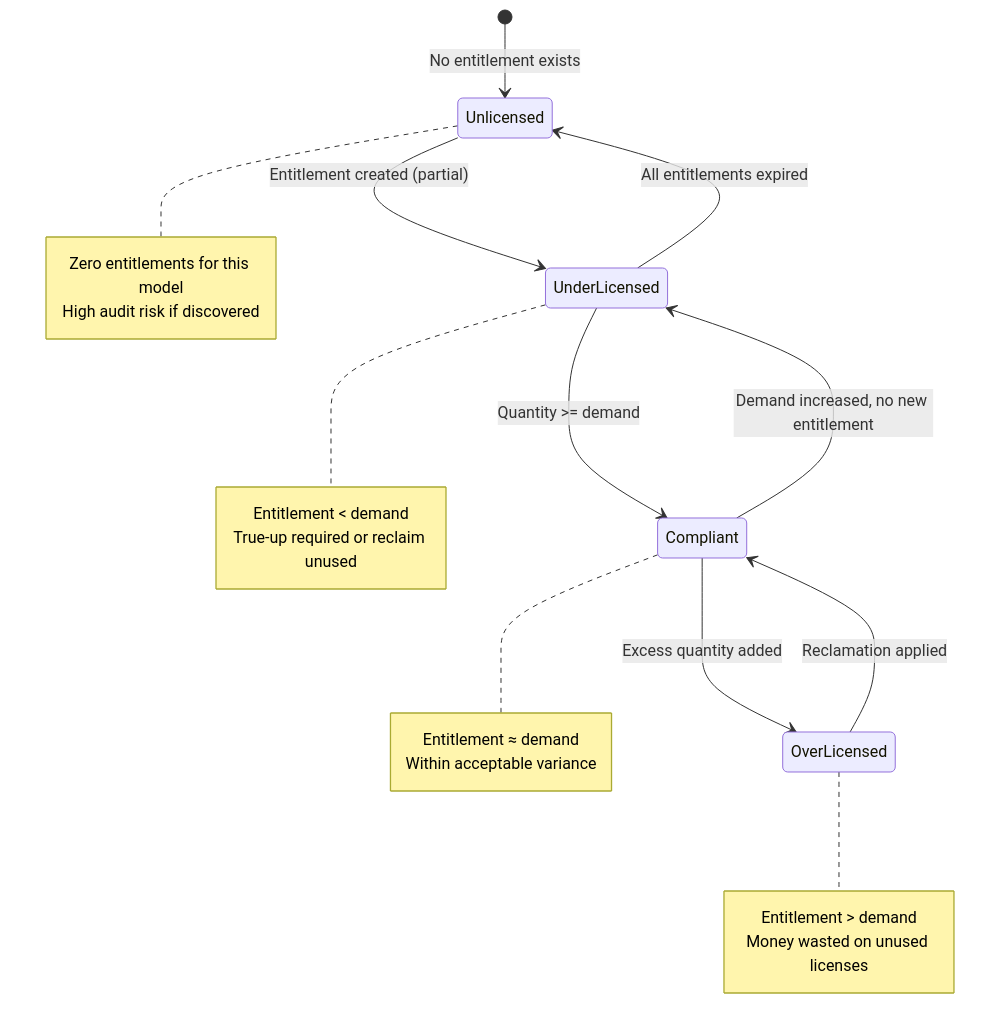
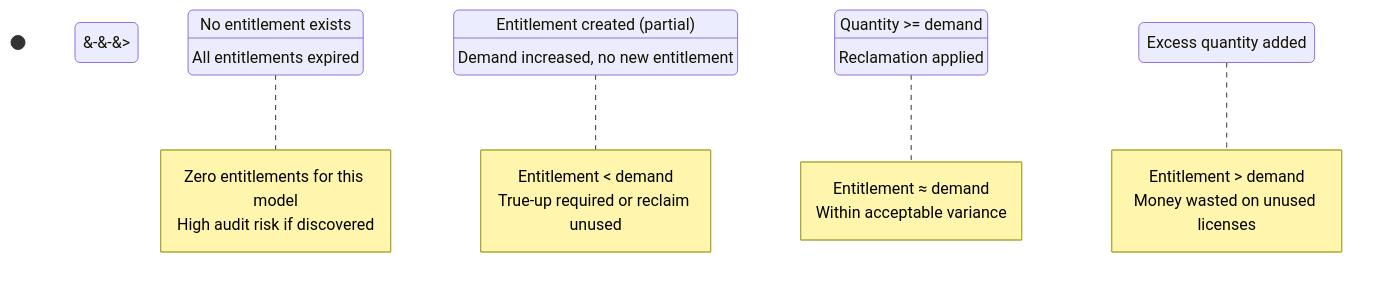
The fourth of 6 diagrams in docs/modules/sam/sam-guide.md (eltonaguiar/ServiceNow_Learning_TSOM-_CSM_FSM_SalesCRM_HAM_ITSM), drawn with Mermaid before and after one commit. The commit also changed other lines of this file and 17 other files, not shown here.

First line of the commit message:
Fix mermaid arrows: replace --> with &#45;&#45;&#62; in all mermaid blocks

````diff
--- a/docs/modules/sam/sam-guide.md
+++ b/docs/modules/sam/sam-guide.md
@@ -311,30 +311,30 @@
 ```mermaid
 stateDiagram-v2
-    [*] --> Unlicensed: No entitlement exists
-    Unlicensed --> UnderLicensed: Entitlement created (partial)
-    UnderLicensed --> Compliant: Quantity >= demand
-    Compliant --> OverLicensed: Excess quantity added
-    OverLicensed --> Compliant: Reclamation applied
-    Compliant --> UnderLicensed: Demand increased, no new entitlement
-    UnderLicensed --> Unlicensed: All entitlements expired
+    [*] &#45;&#45;&#62; Unlicensed: No entitlement exists
+    Unlicensed &#45;&#45;&#62; UnderLicensed: Entitlement created (partial)
+    UnderLicensed &#45;&#45;&#62; Compliant: Quantity >= demand
+    Compliant &#45;&#45;&#62; OverLicensed: Excess quantity added
+    OverLicensed &#45;&#45;&#62; Compliant: Reclamation applied
+    Compliant &#45;&#45;&#62; UnderLicensed: Demand increased, no new entitlement
+    UnderLicensed &#45;&#45;&#62; Unlicensed: All entitlements expired
     
     note right of Unlicensed
         Zero entitlements for this model
         High audit risk if discovered
     end note
     
     note right of UnderLicensed
         Entitlement < demand
         True-up required or reclaim unused
     end note
     
     note right of Compliant
         Entitlement ≈ demand
         Within acceptable variance
     end note
     
     note right of OverLicensed
         Entitlement > demand
         Money wasted on unused licenses
     end note
 ```
````
